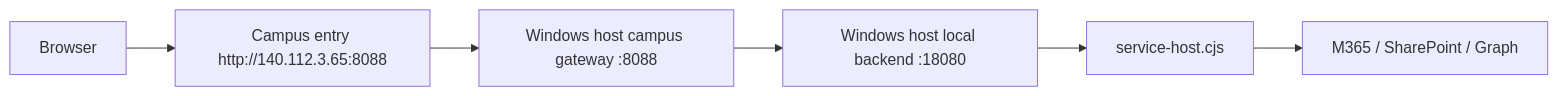
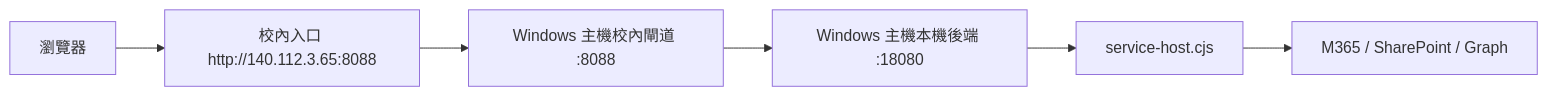
Before and after one commit to Easonwu1983/ISMS-Form-Redesign: the diagram in docs/fast-redeploy-runbook.md, drawn with Mermaid. The commit also changed other lines of this file and 1 other file, not shown here.

````diff
--- a/docs/fast-redeploy-runbook.md
+++ b/docs/fast-redeploy-runbook.md
@@ -16,8 +27,8 @@
 ```mermaid
 flowchart LR
-  A["Browser"] --> B["Campus entry http://140.112.3.65:8088"]
-  B --> C["Windows host campus gateway :8088"]
-  C --> D["Windows host local backend :18080"]
+  A["瀏覽器"] --> B["校內入口 http://140.112.3.65:8088"]
+  B --> C["Windows 主機校內閘道 :8088"]
+  C --> D["Windows 主機本機後端 :18080"]
   D --> E["service-host.cjs"]
   E --> F["M365 / SharePoint / Graph"]
 ```
````
